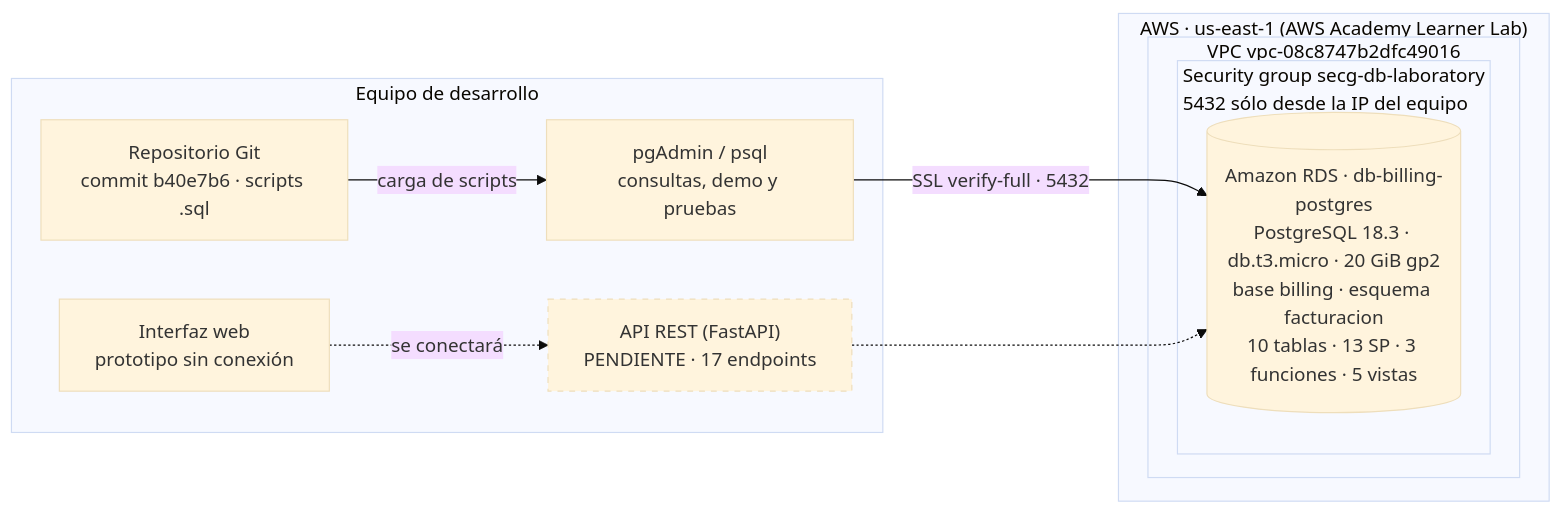
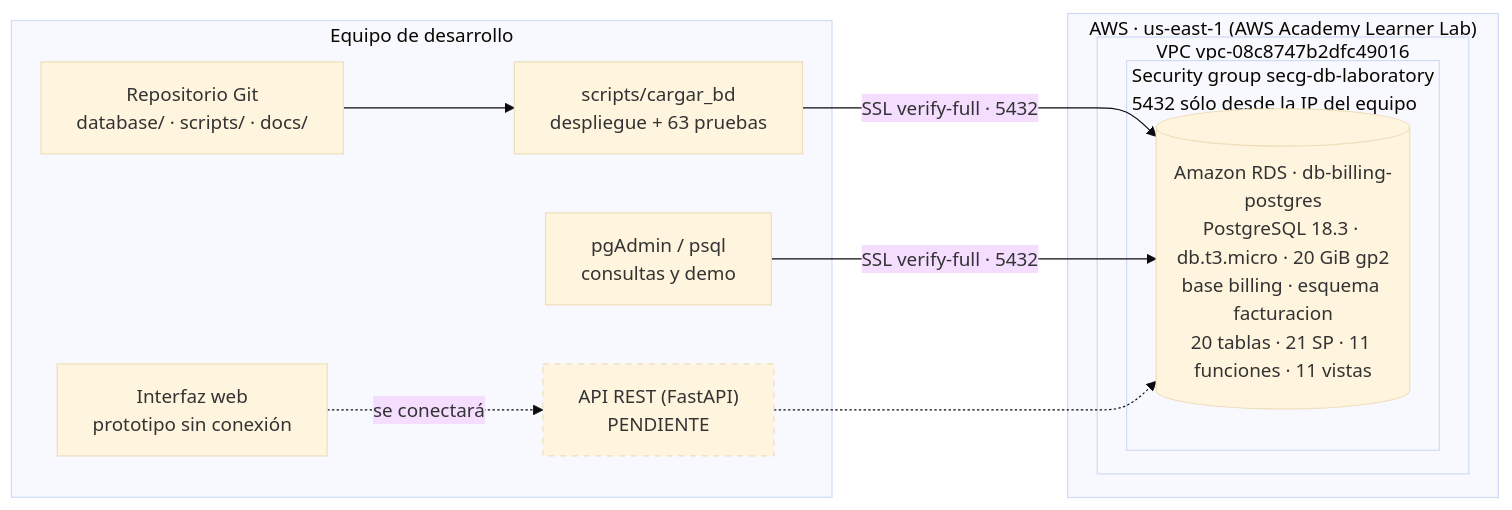
The first of 7 diagrams in docs/REPORTE_AVANCE.md (DanielRosalesAlanis/SistemaDeFacturacion), drawn with Mermaid (base theme) before and after one commit. The commit also changed other lines of this file, not shown here.

First line of the commit message:
Actualiza el reporte de avance al estado actual de la base

````diff
--- a/docs/REPORTE_AVANCE.md
+++ b/docs/REPORTE_AVANCE.md
@@ -107,21 +108,23 @@
 ```mermaid
 flowchart LR
     subgraph Local["Equipo de desarrollo"]
-        GIT["Repositorio Git<br/>commit b40e7b6 · scripts .sql"]
-        CLI["pgAdmin / psql<br/>consultas, demo y pruebas"]
-        API["API REST (FastAPI)<br/>PENDIENTE · 17 endpoints"]:::pend
+        GIT["Repositorio Git<br/>database/ · scripts/ · docs/"]
+        DEP["scripts/cargar_bd<br/>despliegue + 63 pruebas"]
+        CLI["pgAdmin / psql<br/>consultas y demo"]
+        API["API REST (FastAPI)<br/>PENDIENTE"]:::pend
         UI["Interfaz web<br/>prototipo sin conexión"]
     end
     subgraph AWS["AWS · us-east-1 (AWS Academy Learner Lab)"]
         subgraph VPC["VPC vpc-08c8747b2dfc49016"]
             subgraph SG["Security group secg-db-laboratory<br/>5432 sólo desde la IP del equipo"]
-                RDS[("Amazon RDS · db-billing-postgres<br/>PostgreSQL 18.3 · db.t3.micro · 20 GiB gp2<br/>base billing · esquema facturacion<br/>10 tablas · 13 SP · 3 funciones · 5 vistas")]
+                RDS[("Amazon RDS · db-billing-postgres<br/>PostgreSQL 18.3 · db.t3.micro · 20 GiB gp2<br/>base billing · esquema facturacion<br/>20 tablas · 21 SP · 11 funciones · 11 vistas")]
             end
         end
     end
-    GIT -->|carga de scripts| CLI
+    GIT --> DEP
+    DEP -->|SSL verify-full · 5432| RDS
     CLI -->|SSL verify-full · 5432| RDS
     UI -.->|se conectará| API
     API -.-> RDS
     classDef pend stroke-dasharray: 5 5
 ```
````
